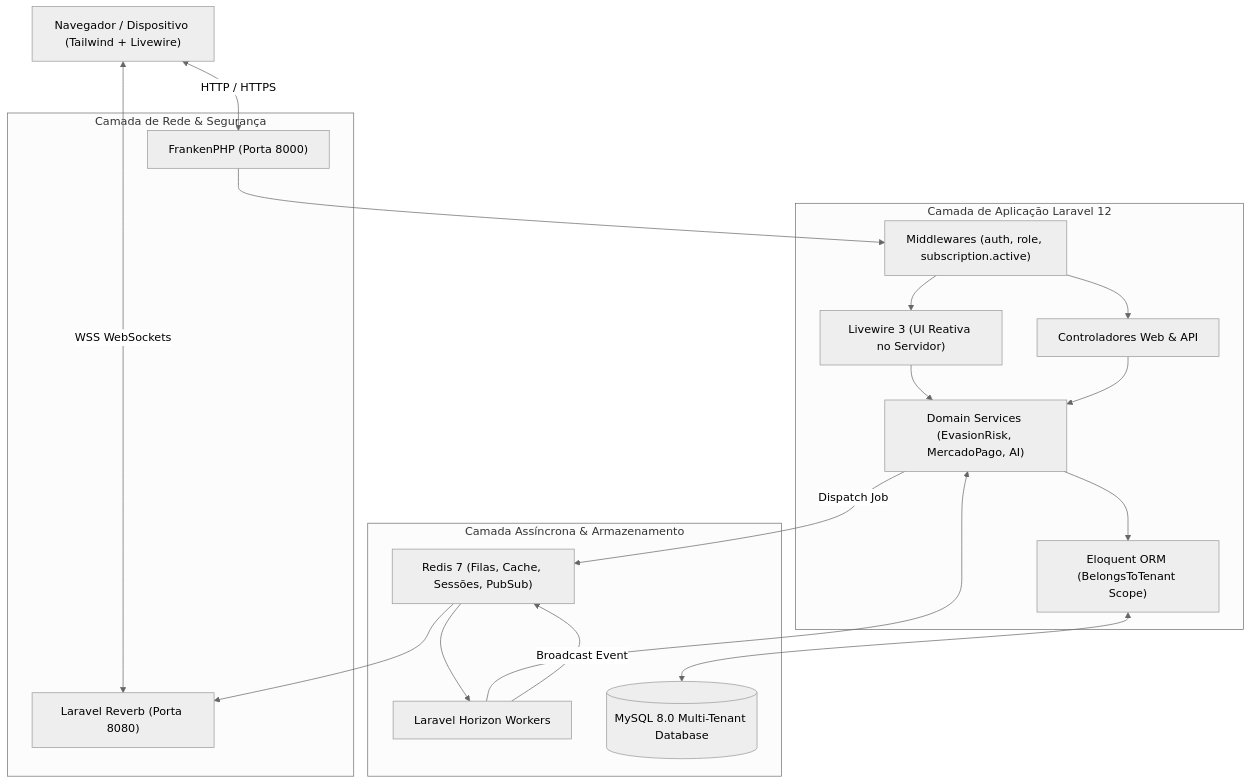
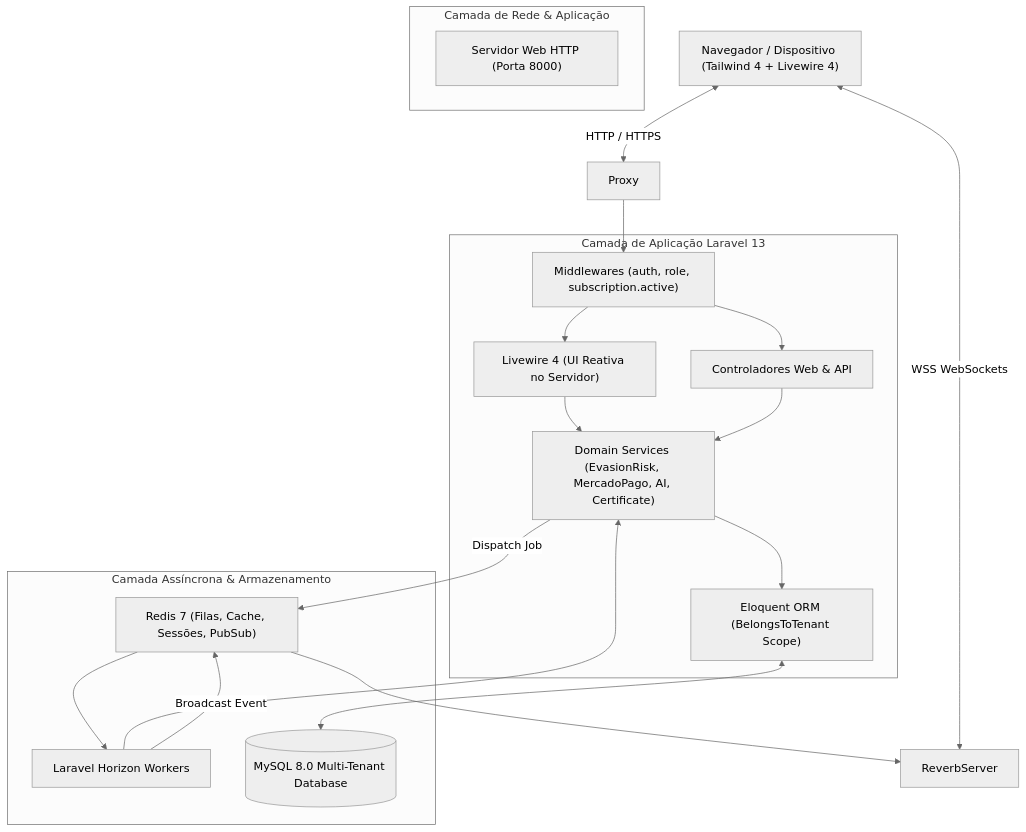
One commit to moaaskt/Alvora changed the first of 2 diagrams in .planning/codebase/ARCHITECTURE.md. Above: the diagram before and after it, drawn with Mermaid (neutral theme). The commit also changed other lines of this file and 2 other files, not shown here.

Commit message:
docs: add system architecture, tech stack, and testing documentation

````diff
--- a/.planning/codebase/ARCHITECTURE.md
+++ b/.planning/codebase/ARCHITECTURE.md
@@ -16,32 +16,31 @@
 ```mermaid
 graph TD
-    Client["Navegador / Dispositivo (Tailwind + Livewire)"]
+    Client["Navegador / Dispositivo (Tailwind 4 + Livewire 4)"]
     
-    subgraph "Camada de Rede & Segurança"
-        Proxy["FrankenPHP (Porta 8000)"]
-        ReverbServer["Laravel Reverb (Porta 8080)"]
+    subgraph "Camada de Rede & Aplicação"
+        Web["Servidor Web HTTP (Porta 8000)"]
     end
     
-    subgraph "Camada de Aplicação Laravel 12"
+    subgraph "Camada de Aplicação Laravel 13"
         AuthMiddleware["Middlewares (auth, role, subscription.active)"]
-        LivewireComponents["Livewire 3 (UI Reativa no Servidor)"]
+        LivewireComponents["Livewire 4 (UI Reativa no Servidor)"]
         Controllers["Controladores Web & API"]
-        DomainServices["Domain Services (EvasionRisk, MercadoPago, AI)"]
+        DomainServices["Domain Services (EvasionRisk, MercadoPago, AI, Certificate)"]
         ORM["Eloquent ORM (BelongsToTenant Scope)"]
     end
     
     subgraph "Camada Assíncrona & Armazenamento"
         Redis["Redis 7 (Filas, Cache, Sessões, PubSub)"]
         Horizon["Laravel Horizon Workers"]
         MySQL[("MySQL 8.0 Multi-Tenant Database")]
     end
     
     Client <-->|HTTP / HTTPS| Proxy
     Client <-->|WSS WebSockets| ReverbServer
     Proxy --> AuthMiddleware --> LivewireComponents & Controllers
     LivewireComponents & Controllers --> DomainServices --> ORM
     DomainServices -->|Dispatch Job| Redis
     Redis --> Horizon --> DomainServices
     ORM <--> MySQL
     Horizon -->|Broadcast Event| Redis --> ReverbServer
 ```
````
